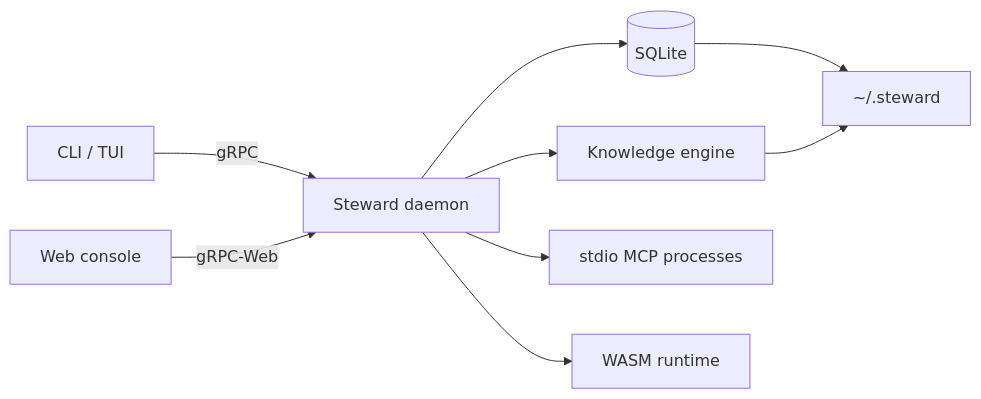
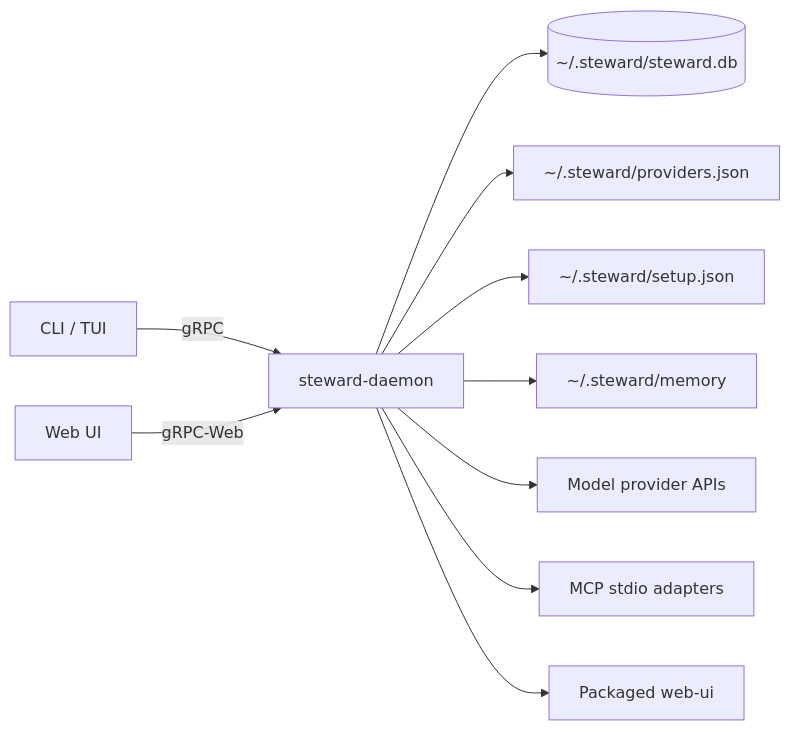
One commit to kaannsaydamm/steward-rust changed the diagram in ARCHITECTURE.md. Above: the diagram before and after it, drawn with Mermaid. The commit also changed other lines of this file and 77 other files, not shown here.

````diff
--- a/ARCHITECTURE.md
+++ b/ARCHITECTURE.md
@@ -9,11 +7,12 @@
 ```mermaid
 flowchart LR
-    CLI[CLI / TUI] -->|gRPC| D[Steward daemon]
-    WEB[Web console] -->|gRPC-Web| D
-    D --> DB[(SQLite)]
-    D --> MEM[Knowledge engine]
-    D --> MCP[stdio MCP processes]
-    D --> WASM[WASM runtime]
-    DB --> HOME[~/.steward]
-    MEM --> HOME
+    CLI["CLI / TUI"] -->|"gRPC"| D["steward-daemon"]
+    WEB["Web UI"] -->|"gRPC-Web"| D
+    D --> DB[("~/.steward/steward.db")]
+    D --> PROVIDERS["~/.steward/providers.json"]
+    D --> SETUP["~/.steward/setup.json"]
+    D --> MEMORY["~/.steward/memory"]
+    D --> HTTP["Model provider APIs"]
+    D --> MCP["MCP stdio adapters"]
+    D --> STATIC["Packaged web-ui"]
 ```
````
